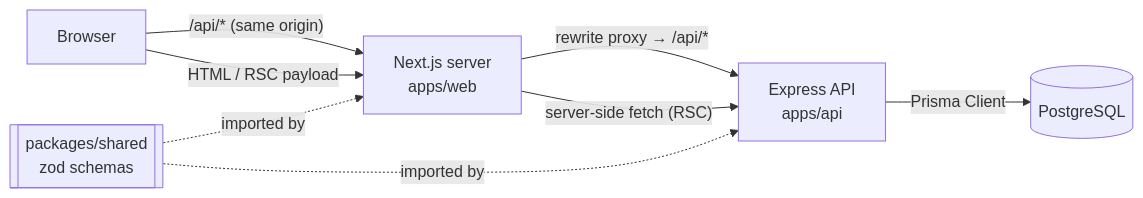
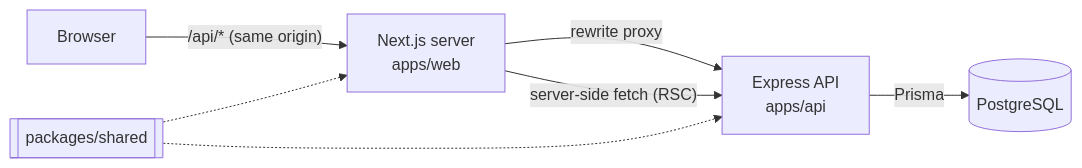
One commit to Nedal-Erekat/av-blog-app changed the first of 2 diagrams in docs/system-design.md. Above: the diagram before and after it, drawn with Mermaid. The commit also changed other lines of this file and 2 other files, not shown here.

````diff
--- a/docs/system-design.md
+++ b/docs/system-design.md
@@ -20,10 +17,9 @@
 ```mermaid
 flowchart LR
     B[Browser] -->|"/api/* (same origin)"| W[Next.js server<br/>apps/web]
-    B -->|HTML / RSC payload| W
-    W -->|"rewrite proxy → /api/*"| A[Express API<br/>apps/api]
+    W -->|"rewrite proxy"| A[Express API<br/>apps/api]
     W -->|"server-side fetch (RSC)"| A
-    A -->|Prisma Client| D[(PostgreSQL)]
-    S[["packages/shared<br/>zod schemas"]] -.imported by.-> W
-    S -.imported by.-> A
+    A -->|Prisma| D[(PostgreSQL)]
+    S[["packages/shared"]] -.-> W
+    S -.-> A
 ```
````
